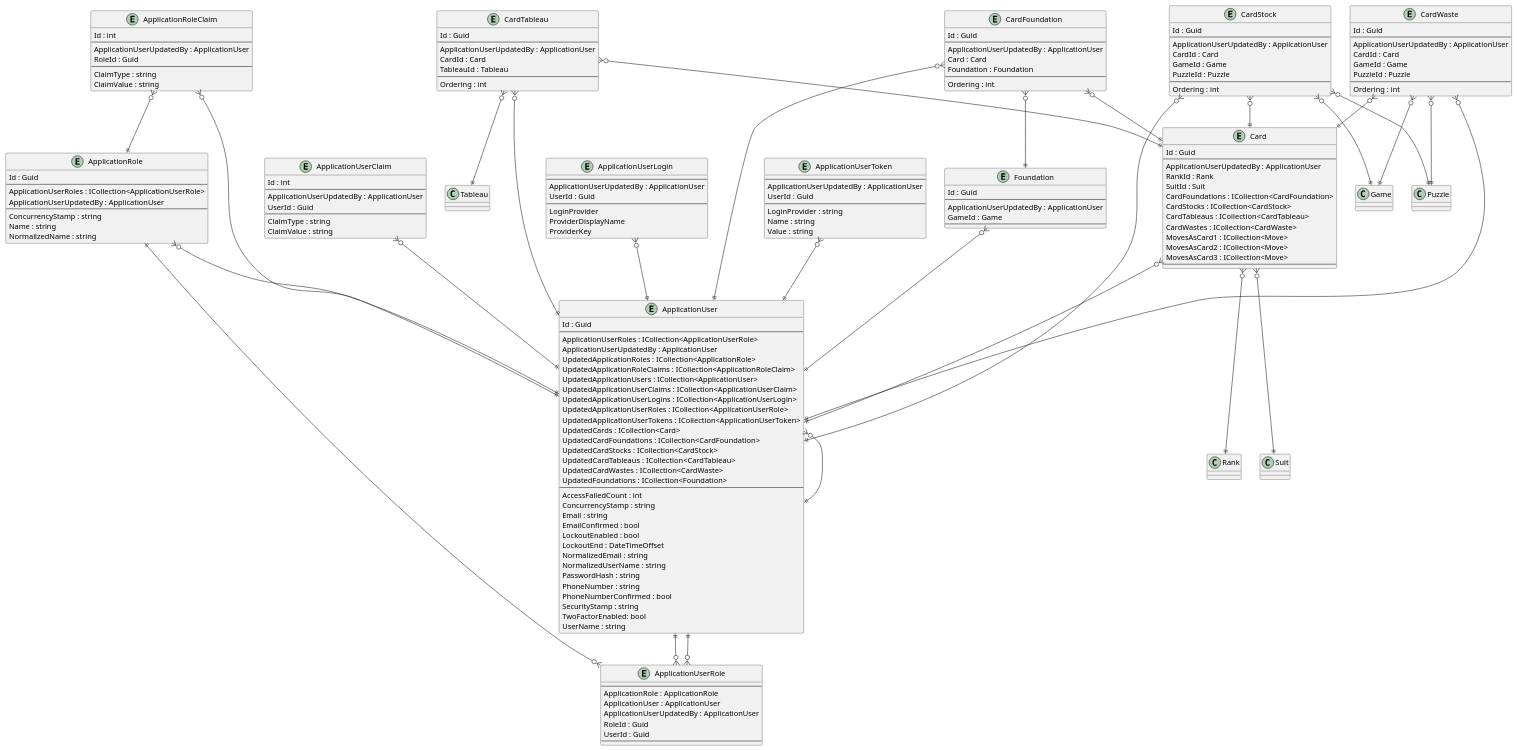
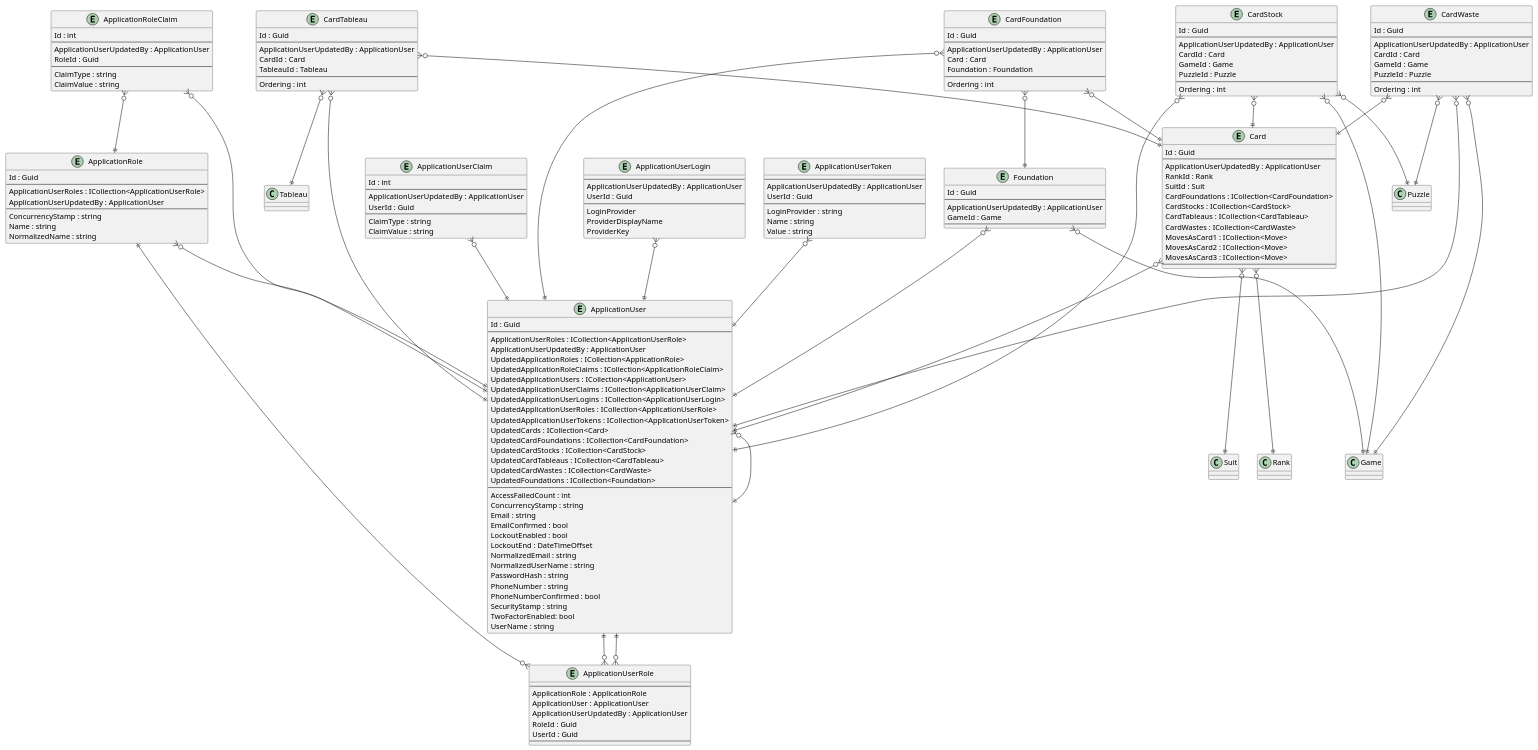
The diagram in .docs/Intrepion.KlondikeSolitaire.pu (intrepion/intrepion_klondike-solitaire_csharp), drawn with PlantUML before and after one commit.

```diff
--- a/.docs/Intrepion.KlondikeSolitaire.pu
+++ b/.docs/Intrepion.KlondikeSolitaire.pu
@@ -206,6 +206,7 @@
 CardWaste }o--|| Game
 CardWaste }o--|| Puzzle
 Foundation }o--|| ApplicationUser
+Foundation }o--|| Game
 ' RelationshipCodePlaceholder
 
 @enduml
```
